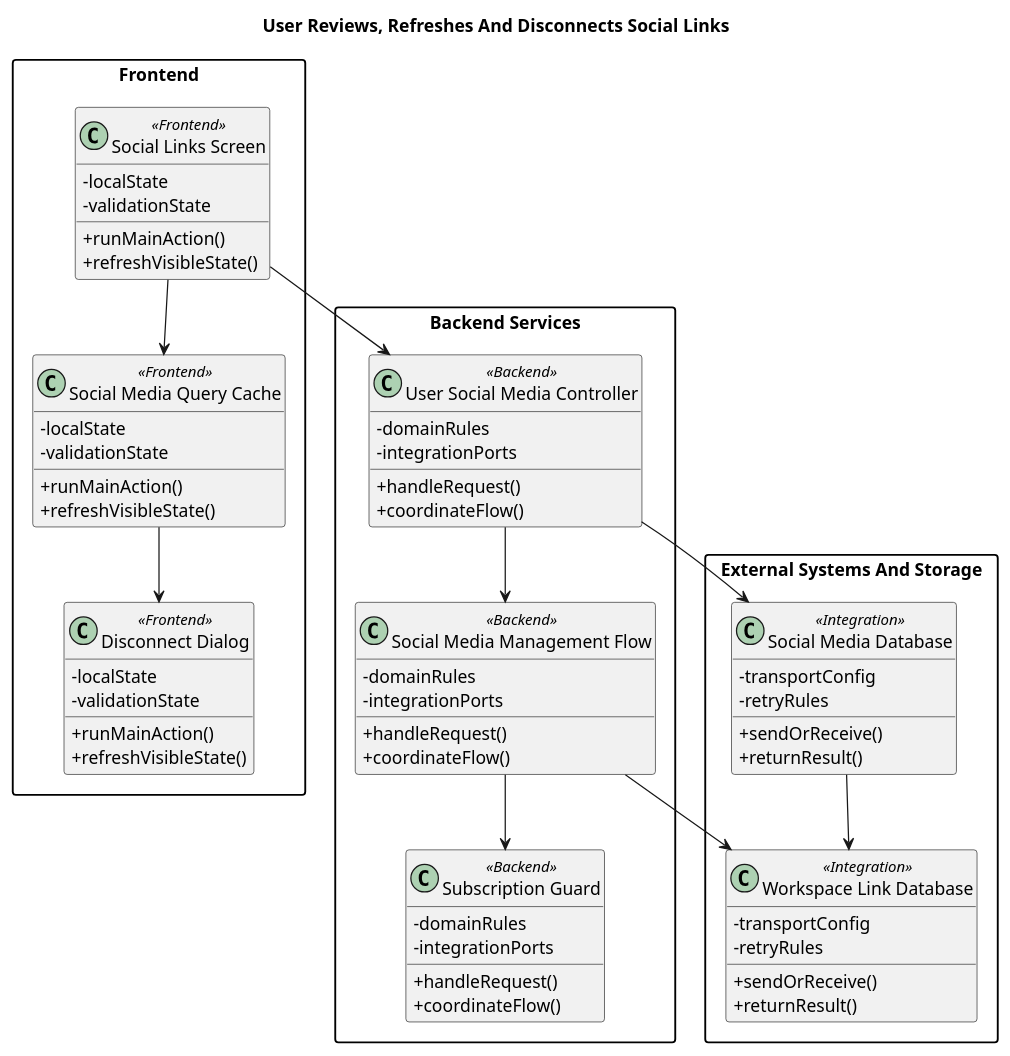
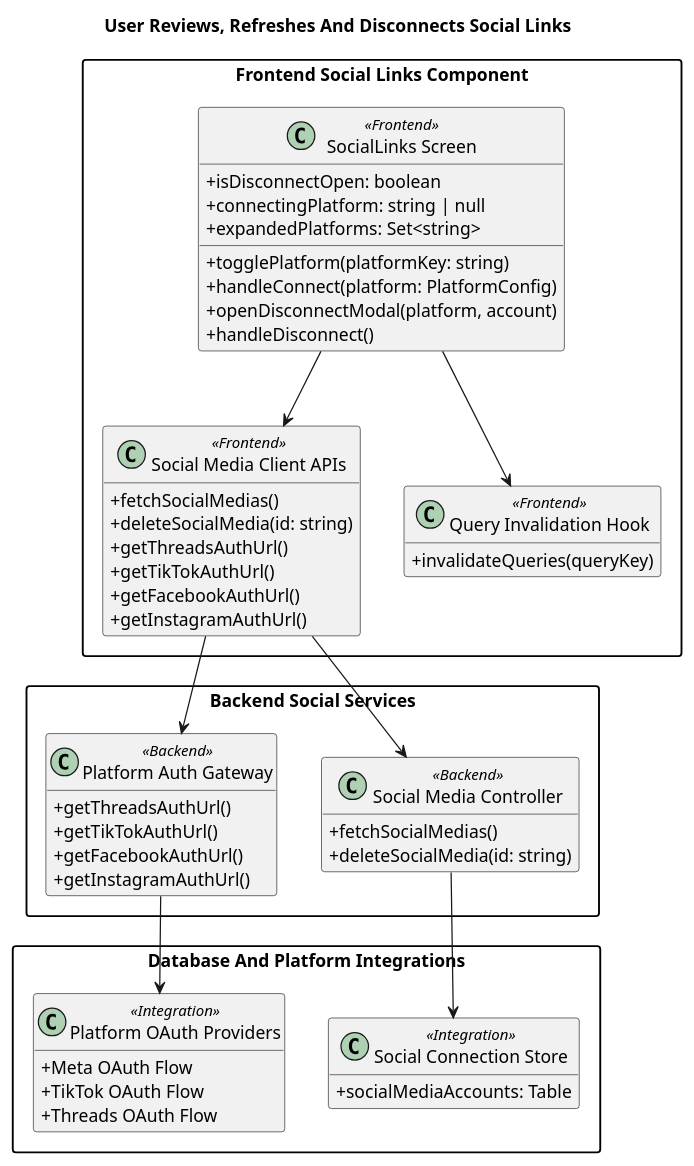
The first of 2 diagrams in plantuml/features/meai-user-manages-social-links.puml (VKev/MeAI-BE), drawn with PlantUML before and after one commit. The commit also changed other lines of this file and 8 other files, not shown here.

```diff
--- a/plantuml/features/meai-user-manages-social-links.puml
+++ b/plantuml/features/meai-user-manages-social-links.puml
@@ -1,69 +1,61 @@
 @startuml
 title User Reviews, Refreshes And Disconnects Social Links
 skinparam shadowing false
 skinparam classAttributeIconSize 0
 skinparam packageStyle rectangle
 hide empty members
-package "Frontend" {
-class "Social Links Screen" as FE1 <<Frontend>> {
-  +runMainAction()
-  +refreshVisibleState()
-  -localState
-  -validationState
+
+package "Frontend Social Links Component" {
+class "SocialLinks Screen" as FE1 <<Frontend>> {
+  +isDisconnectOpen: boolean
+  +connectingPlatform: string | null
+  +expandedPlatforms: Set<string>
+  +togglePlatform(platformKey: string)
+  +handleConnect(platform: PlatformConfig)
+  +openDisconnectModal(platform, account)
+  +handleDisconnect()
 }
-class "Social Media Query Cache" as FE2 <<Frontend>> {
-  +runMainAction()
-  +refreshVisibleState()
-  -localState
-  -validationState
+class "Social Media Client APIs" as FE2 <<Frontend>> {
+  +fetchSocialMedias()
+  +deleteSocialMedia(id: string)
+  +getThreadsAuthUrl()
+  +getTikTokAuthUrl()
+  +getFacebookAuthUrl()
+  +getInstagramAuthUrl()
 }
-class "Disconnect Dialog" as FE3 <<Frontend>> {
-  +runMainAction()
-  +refreshVisibleState()
-  -localState
-  -validationState
+class "Query Invalidation Hook" as FE3 <<Frontend>> {
+  +invalidateQueries(queryKey)
 }
 }
-package "Backend Services" {
-class "User Social Media Controller" as BE1 <<Backend>> {
-  +handleRequest()
-  +coordinateFlow()
-  -domainRules
-  -integrationPorts
+
+package "Backend Social Services" {
+class "Social Media Controller" as BE1 <<Backend>> {
+  +fetchSocialMedias()
+  +deleteSocialMedia(id: string)
 }
-class "Social Media Management Flow" as BE2 <<Backend>> {
-  +handleRequest()
-  +coordinateFlow()
-  -domainRules
-  -integrationPorts
-}
-class "Subscription Guard" as BE3 <<Backend>> {
-  +handleRequest()
-  +coordinateFlow()
-  -domainRules
-  -integrationPorts
+class "Platform Auth Gateway" as BE2 <<Backend>> {
+  +getThreadsAuthUrl()
+  +getTikTokAuthUrl()
+  +getFacebookAuthUrl()
+  +getInstagramAuthUrl()
 }
 }
-package "External Systems And Storage" {
-class "Social Media Database" as INT1 <<Integration>> {
-  +sendOrReceive()
-  +returnResult()
-  -transportConfig
-  -retryRules
+
+package "Database And Platform Integrations" {
+class "Social Connection Store" as INT1 <<Integration>> {
+  +socialMediaAccounts: Table
 }
-class "Workspace Link Database" as INT2 <<Integration>> {
-  +sendOrReceive()
-  +returnResult()
-  -transportConfig
-  -retryRules
+class "Platform OAuth Providers" as INT2 <<Integration>> {
+  +Meta OAuth Flow
+  +TikTok OAuth Flow
+  +Threads OAuth Flow
 }
 }
+
 FE1 --> FE2
-FE2 --> FE3
-FE1 --> BE1
-BE1 --> BE2
-BE2 --> BE3
+FE1 --> FE3
+FE2 --> BE1
+FE2 --> BE2
 BE1 --> INT1
 BE2 --> INT2
-INT1 --> INT2
 @enduml
```
